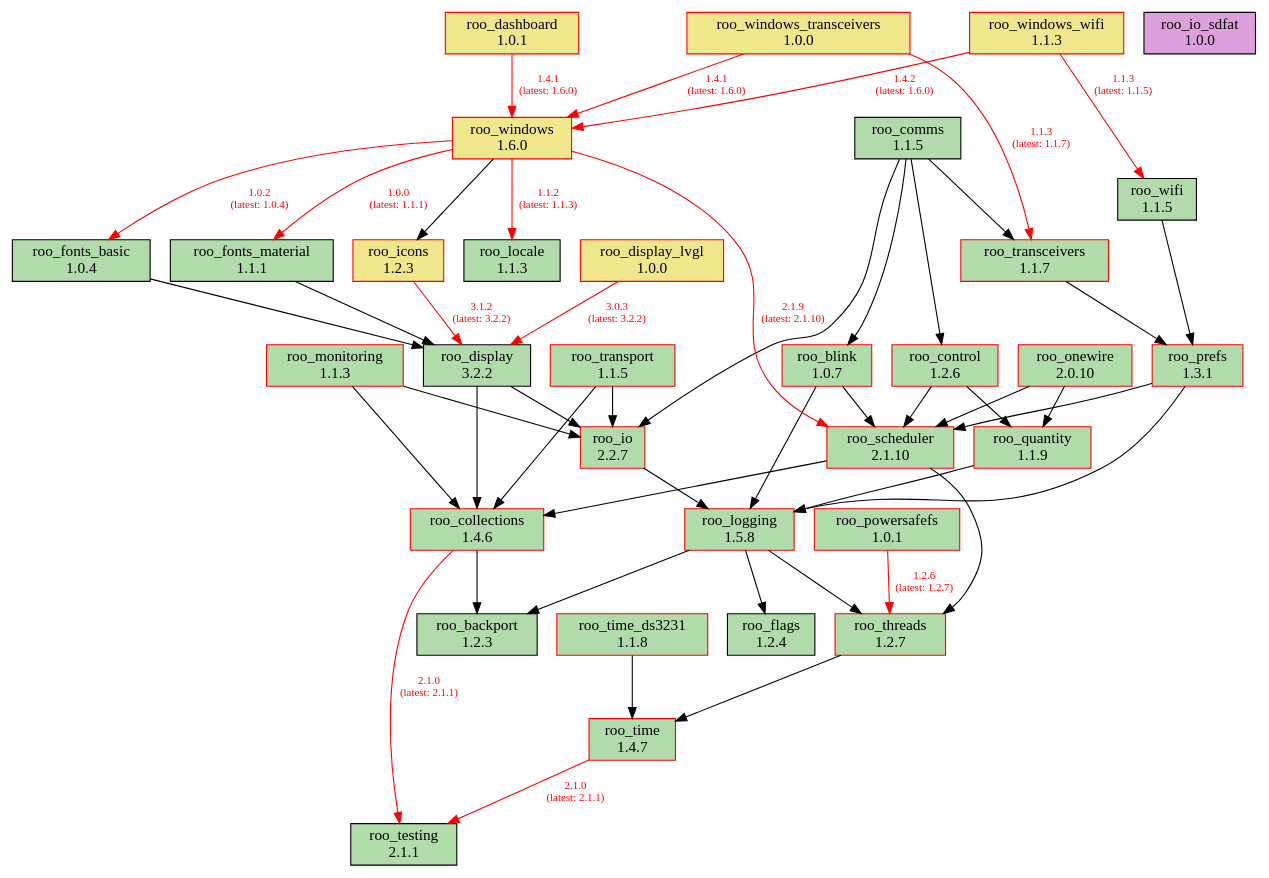
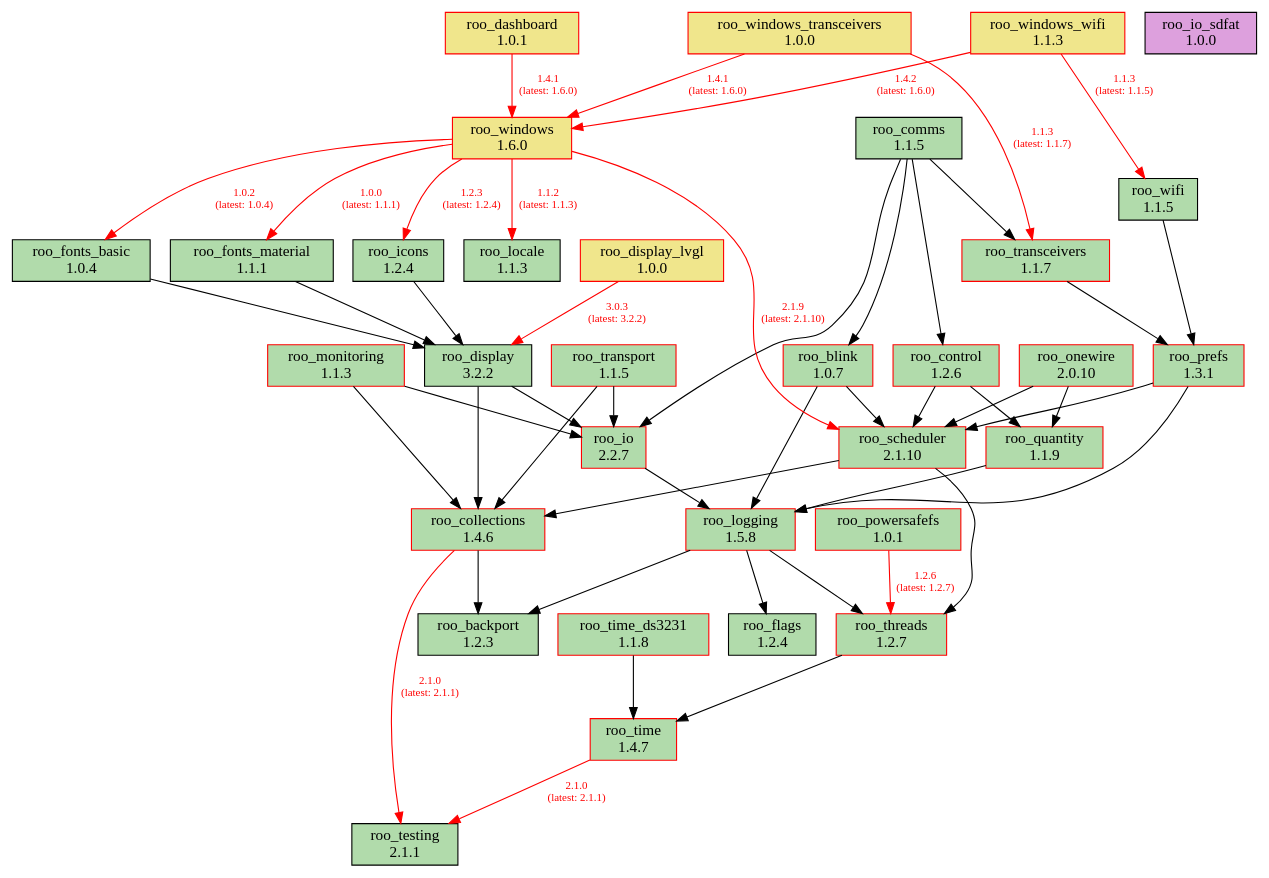
Before and after one commit to dejwk/roo-registry: the diagram in doc/dependencies.dot, drawn with Graphviz. The commit also changed 3 other files, not shown here.

Commit message:
Added roo_icons 1.2.4 to the registry.

```diff
--- a/doc/dependencies.dot
+++ b/doc/dependencies.dot
@@ -1,88 +1,88 @@
 digraph dependencies {
     rankdir=TB;
     node [shape=box, style=filled];
     edge [fontsize=10];
 
     // Modules
     "roo_backport" [label="roo_backport\n1.2.3", fillcolor="#b1dbab", color="black"];
     "roo_blink" [label="roo_blink\n1.0.7", fillcolor="#b1dbab", color="red"];
     "roo_collections" [label="roo_collections\n1.4.6", fillcolor="#b1dbab", color="red"];
     "roo_comms" [label="roo_comms\n1.1.5", fillcolor="#b1dbab", color="black"];
     "roo_control" [label="roo_control\n1.2.6", fillcolor="#b1dbab", color="red"];
     "roo_dashboard" [label="roo_dashboard\n1.0.1", fillcolor="khaki", color="red"];
     "roo_display" [label="roo_display\n3.2.2", fillcolor="#b1dbab", color="black"];
     "roo_display_lvgl" [label="roo_display_lvgl\n1.0.0", fillcolor="khaki", color="red"];
     "roo_flags" [label="roo_flags\n1.2.4", fillcolor="#b1dbab", color="black"];
     "roo_fonts_basic" [label="roo_fonts_basic\n1.0.4", fillcolor="#b1dbab", color="black"];
     "roo_fonts_material" [label="roo_fonts_material\n1.1.1", fillcolor="#b1dbab", color="black"];
-    "roo_icons" [label="roo_icons\n1.2.3", fillcolor="khaki", color="red"];
+    "roo_icons" [label="roo_icons\n1.2.4", fillcolor="#b1dbab", color="black"];
     "roo_io" [label="roo_io\n2.2.7", fillcolor="#b1dbab", color="red"];
     "roo_io_sdfat" [label="roo_io_sdfat\n1.0.0", fillcolor="plum", color="black"];
     "roo_locale" [label="roo_locale\n1.1.3", fillcolor="#b1dbab", color="black"];
     "roo_logging" [label="roo_logging\n1.5.8", fillcolor="#b1dbab", color="red"];
     "roo_monitoring" [label="roo_monitoring\n1.1.3", fillcolor="#b1dbab", color="red"];
     "roo_onewire" [label="roo_onewire\n2.0.10", fillcolor="#b1dbab", color="red"];
     "roo_powersafefs" [label="roo_powersafefs\n1.0.1", fillcolor="#b1dbab", color="red"];
     "roo_prefs" [label="roo_prefs\n1.3.1", fillcolor="#b1dbab", color="red"];
     "roo_quantity" [label="roo_quantity\n1.1.9", fillcolor="#b1dbab", color="red"];
     "roo_scheduler" [label="roo_scheduler\n2.1.10", fillcolor="#b1dbab", color="red"];
     "roo_testing" [label="roo_testing\n2.1.1", fillcolor="#b1dbab", color="black"];
     "roo_threads" [label="roo_threads\n1.2.7", fillcolor="#b1dbab", color="red"];
     "roo_time" [label="roo_time\n1.4.7", fillcolor="#b1dbab", color="red"];
     "roo_time_ds3231" [label="roo_time_ds3231\n1.1.8", fillcolor="#b1dbab", color="red"];
     "roo_transceivers" [label="roo_transceivers\n1.1.7", fillcolor="#b1dbab", color="red"];
     "roo_transport" [label="roo_transport\n1.1.5", fillcolor="#b1dbab", color="red"];
     "roo_wifi" [label="roo_wifi\n1.1.5", fillcolor="#b1dbab", color="black"];
     "roo_windows" [label="roo_windows\n1.6.0", fillcolor="khaki", color="red"];
     "roo_windows_transceivers" [label="roo_windows_transceivers\n1.0.0", fillcolor="khaki", color="red"];
     "roo_windows_wifi" [label="roo_windows_wifi\n1.1.3", fillcolor="khaki", color="red"];
 
     // Dependencies
     "roo_blink" -> "roo_logging";
     "roo_blink" -> "roo_scheduler";
     "roo_collections" -> "roo_testing" [color=red, fontcolor=red, label="2.1.0\n(latest: 2.1.1)"];
     "roo_collections" -> "roo_backport";
     "roo_comms" -> "roo_blink";
     "roo_comms" -> "roo_control";
     "roo_comms" -> "roo_io";
     "roo_comms" -> "roo_transceivers";
     "roo_control" -> "roo_quantity";
     "roo_control" -> "roo_scheduler";
     "roo_dashboard" -> "roo_windows" [color=red, fontcolor=red, label="1.4.1\n(latest: 1.6.0)"];
     "roo_display" -> "roo_collections";
     "roo_display" -> "roo_io";
     "roo_display_lvgl" -> "roo_display" [color=red, fontcolor=red, label="3.0.3\n(latest: 3.2.2)"];
     "roo_fonts_basic" -> "roo_display";
     "roo_fonts_material" -> "roo_display";
-    "roo_icons" -> "roo_display" [color=red, fontcolor=red, label="3.1.2\n(latest: 3.2.2)"];
+    "roo_icons" -> "roo_display";
     "roo_io" -> "roo_logging";
     "roo_logging" -> "roo_backport";
     "roo_logging" -> "roo_flags";
     "roo_logging" -> "roo_threads";
     "roo_monitoring" -> "roo_collections";
     "roo_monitoring" -> "roo_io";
     "roo_onewire" -> "roo_scheduler";
     "roo_onewire" -> "roo_quantity";
     "roo_powersafefs" -> "roo_threads" [color=red, fontcolor=red, label="1.2.6\n(latest: 1.2.7)"];
     "roo_prefs" -> "roo_logging";
     "roo_prefs" -> "roo_scheduler";
     "roo_quantity" -> "roo_logging";
     "roo_scheduler" -> "roo_collections";
     "roo_scheduler" -> "roo_threads";
     "roo_threads" -> "roo_time";
     "roo_time" -> "roo_testing" [color=red, fontcolor=red, label="2.1.0\n(latest: 2.1.1)"];
     "roo_time_ds3231" -> "roo_time";
     "roo_transceivers" -> "roo_prefs";
     "roo_transport" -> "roo_collections";
     "roo_transport" -> "roo_io";
     "roo_wifi" -> "roo_prefs";
     "roo_windows" -> "roo_fonts_basic" [color=red, fontcolor=red, label="1.0.2\n(latest: 1.0.4)"];
     "roo_windows" -> "roo_fonts_material" [color=red, fontcolor=red, label="1.0.0\n(latest: 1.1.1)"];
     "roo_windows" -> "roo_locale" [color=red, fontcolor=red, label="1.1.2\n(latest: 1.1.3)"];
-    "roo_windows" -> "roo_icons";
+    "roo_windows" -> "roo_icons" [color=red, fontcolor=red, label="1.2.3\n(latest: 1.2.4)"];
     "roo_windows" -> "roo_scheduler" [color=red, fontcolor=red, label="2.1.9\n(latest: 2.1.10)"];
     "roo_windows_transceivers" -> "roo_transceivers" [color=red, fontcolor=red, label="1.1.3\n(latest: 1.1.7)"];
     "roo_windows_transceivers" -> "roo_windows" [color=red, fontcolor=red, label="1.4.1\n(latest: 1.6.0)"];
     "roo_windows_wifi" -> "roo_wifi" [color=red, fontcolor=red, label="1.1.3\n(latest: 1.1.5)"];
     "roo_windows_wifi" -> "roo_windows" [color=red, fontcolor=red, label="1.4.2\n(latest: 1.6.0)"];
 }
```
